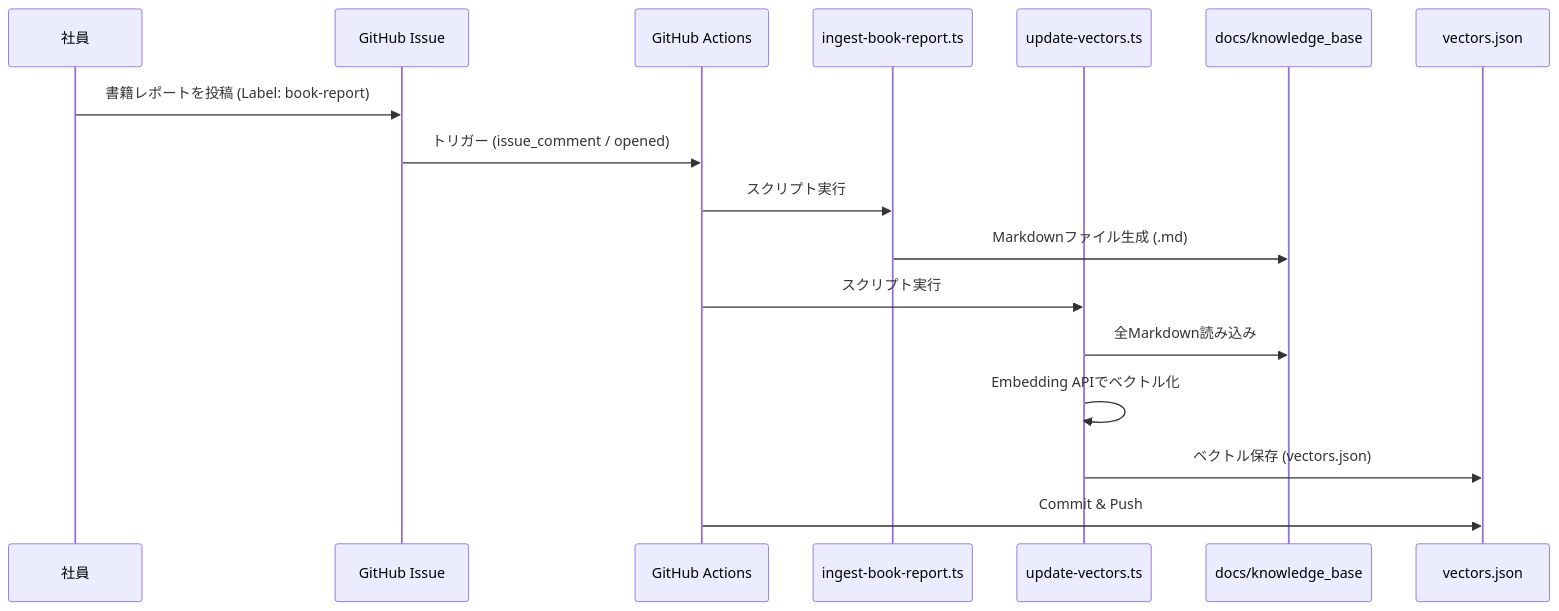
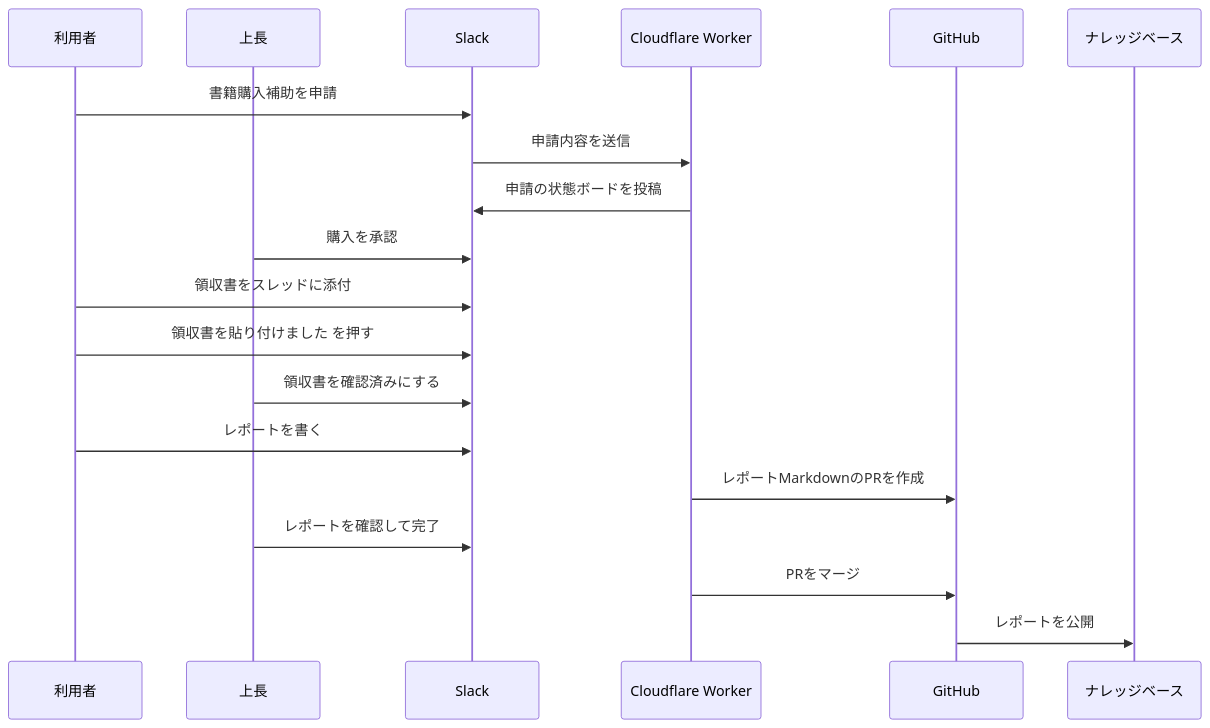
The diagram in README.md (Saitekiinc-com/saiteki-study-doc), drawn with Mermaid before and after one commit. The commit also changed other lines of this file and 5 other files, not shown here.

Commit message:
docs: update Slack purchase flow guide

````diff
--- a/README.md
+++ b/README.md
@@ -52,20 +19,22 @@
 ```mermaid
 sequenceDiagram
-    participant User as 社員
-    participant Issue as GitHub Issue
-    participant Action as GitHub Actions
-    participant Ingest as ingest-book-report.ts
-    participant Vector as update-vectors.ts
-    participant KB as docs/knowledge_base
-    participant JSON as vectors.json
+    participant User as 利用者
+    participant Manager as 上長
+    participant Slack as Slack
+    participant Worker as Cloudflare Worker
+    participant GitHub as GitHub
+    participant KB as ナレッジベース
 
-    User->>Issue: 書籍レポートを投稿 (Label: book-report)
-    Issue->>Action: トリガー (issue_comment / opened)
-    Action->>Ingest: スクリプト実行
-    Ingest->>KB: Markdownファイル生成 (.md)
-    Action->>Vector: スクリプト実行
-    Vector->>KB: 全Markdown読み込み
-    Vector->>Vector: Embedding APIでベクトル化
-    Vector->>JSON: ベクトル保存 (vectors.json)
-    Action->>JSON: Commit & Push
+    User->>Slack: 書籍購入補助を申請
+    Slack->>Worker: 申請内容を送信
+    Worker->>Slack: 申請の状態ボードを投稿
+    Manager->>Slack: 購入を承認
+    User->>Slack: 領収書をスレッドに添付
+    User->>Slack: 領収書を貼り付けました を押す
+    Manager->>Slack: 領収書を確認済みにする
+    User->>Slack: レポートを書く
+    Worker->>GitHub: レポートMarkdownのPRを作成
+    Manager->>Slack: レポートを確認して完了
+    Worker->>GitHub: PRをマージ
+    GitHub->>KB: レポートを公開
 ```
````
